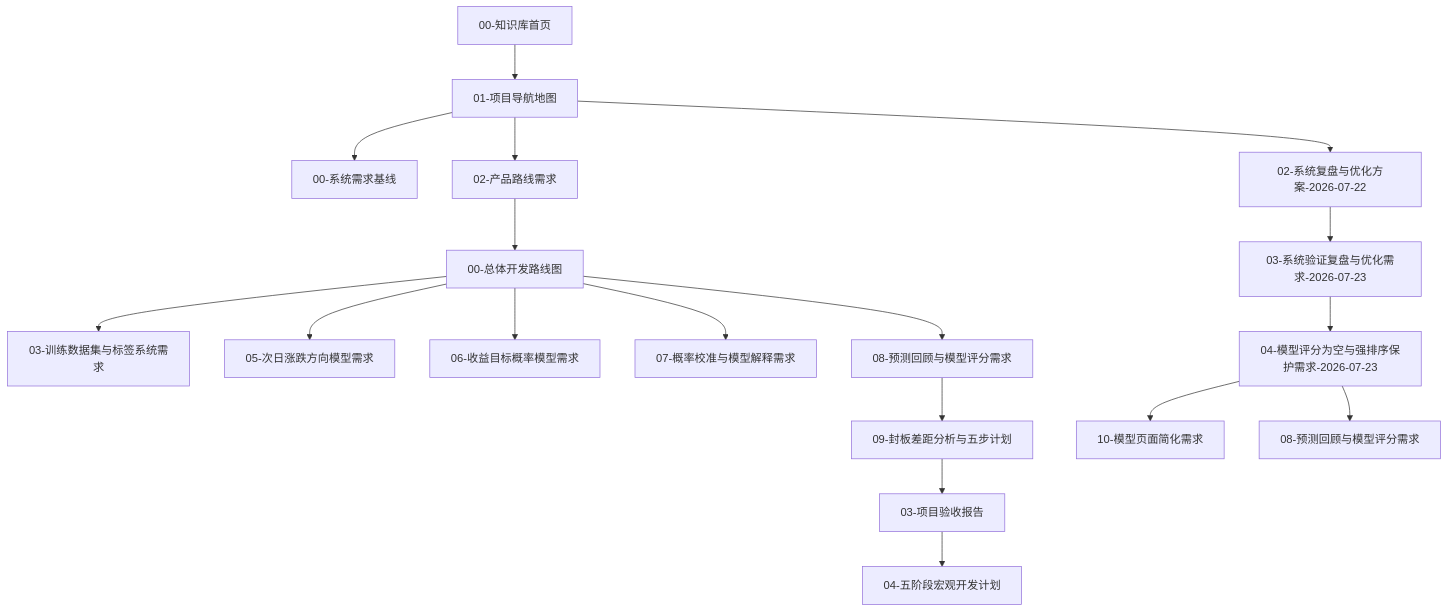
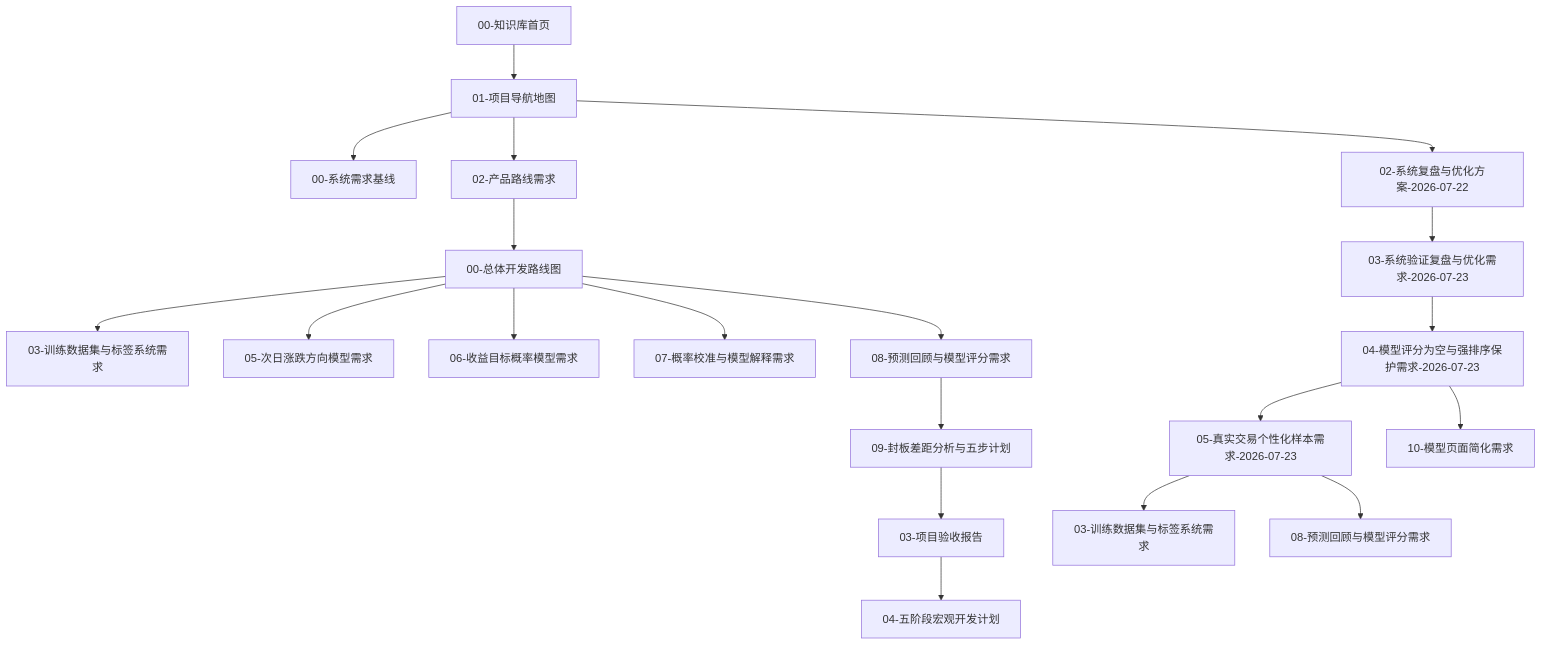
The diagram in obsidian-vault/00-系统入口/05-知识图谱关系索引.md (ixiaoxinxin/t_trade_system), drawn with Mermaid before and after one commit. The commit also changed other lines of this file and 5 other files, not shown here.

````diff
--- a/obsidian-vault/00-系统入口/05-知识图谱关系索引.md
+++ b/obsidian-vault/00-系统入口/05-知识图谱关系索引.md
@@ -25,20 +25,22 @@
 ```mermaid
 flowchart TD
     A["00-知识库首页"] --> B["01-项目导航地图"]
     B --> C["00-系统需求基线"]
     B --> D["02-产品路线需求"]
     D --> E["00-总体开发路线图"]
     E --> F["03-训练数据集与标签系统需求"]
     E --> G["05-次日涨跌方向模型需求"]
     E --> H["06-收益目标概率模型需求"]
     E --> I["07-概率校准与模型解释需求"]
     E --> J["08-预测回顾与模型评分需求"]
     J --> K["09-封板差距分析与五步计划"]
     K --> L["03-项目验收报告"]
     L --> M["04-五阶段宏观开发计划"]
     B --> N["02-系统复盘与优化方案-2026-07-22"]
     N --> O["03-系统验证复盘与优化需求-2026-07-23"]
     O --> P["04-模型评分为空与强排序保护需求-2026-07-23"]
-    P --> Q["10-模型页面简化需求"]
-    P --> R["08-预测回顾与模型评分需求"]
+    P --> Q["05-真实交易个性化样本需求-2026-07-23"]
+    Q --> R["03-训练数据集与标签系统需求"]
+    Q --> S["08-预测回顾与模型评分需求"]
+    P --> T["10-模型页面简化需求"]
 ```
````
